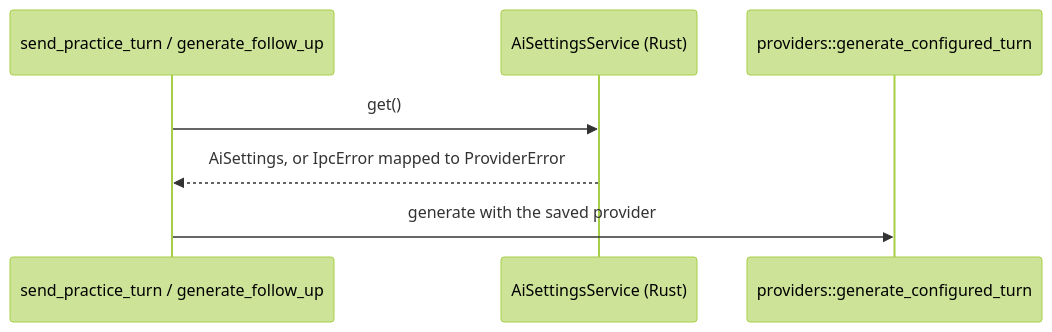
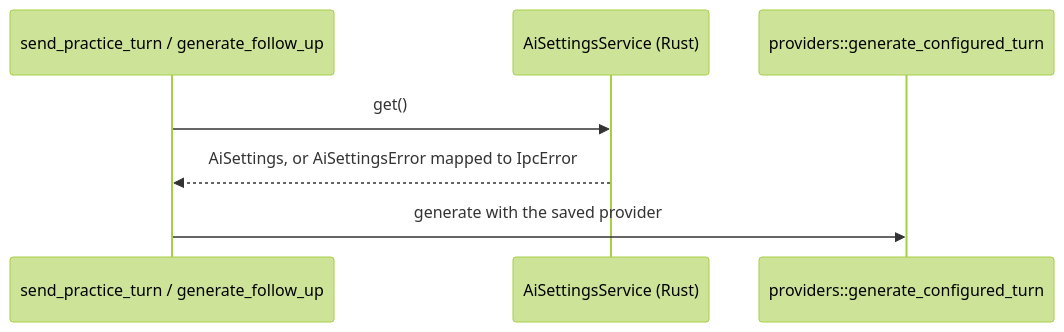
The fourth of 4 diagrams in src/core/ai-settings/flow.md (oleksii-latyshev/english-trainer), drawn with Mermaid (forest theme) before and after one commit. The commit also changed 36 other files, not shown here.

First line of the commit message:
refactor(rust): ProviderError only in provider adapters (#123)

````diff
--- a/src/core/ai-settings/flow.md
+++ b/src/core/ai-settings/flow.md
@@ -107,10 +107,10 @@
 ```mermaid
 sequenceDiagram
     participant Command as send_practice_turn / generate_follow_up
     participant Rust as AiSettingsService (Rust)
     participant Provider as providers::generate_configured_turn
 
     Command->>Rust: get()
-    Rust-->>Command: AiSettings, or IpcError mapped to ProviderError
+    Rust-->>Command: AiSettings, or AiSettingsError mapped to IpcError
     Command->>Provider: generate with the saved provider
 ```
````
